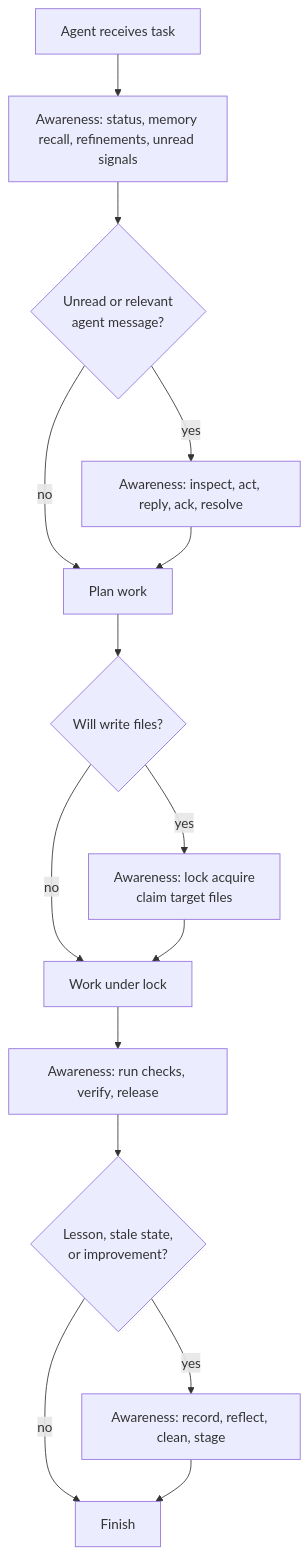
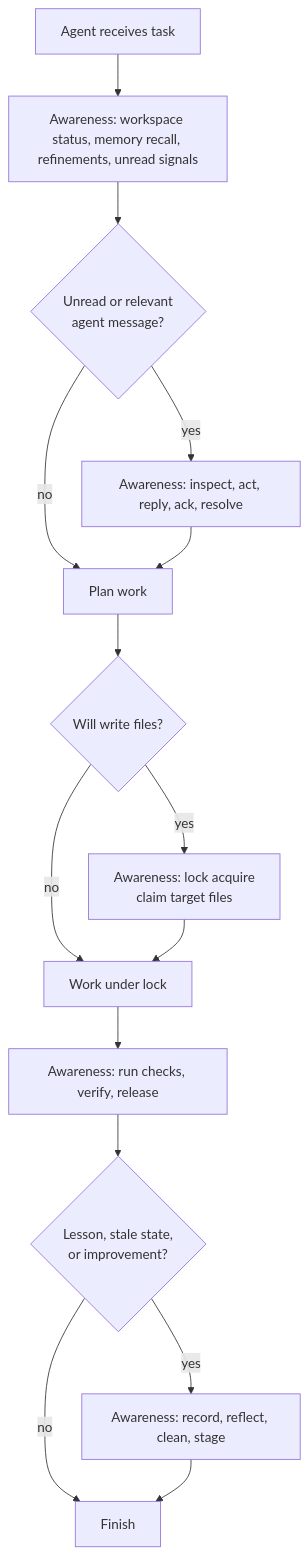
The second of 7 diagrams in packages/octocode-awareness/docs/SKILLS.md (bgauryy/octocode), drawn with Mermaid before and after one commit. The commit also changed other lines of this file and 106 other files, not shown here.

````diff
--- a/packages/octocode-awareness/docs/SKILLS.md
+++ b/packages/octocode-awareness/docs/SKILLS.md
@@ -59,17 +51,17 @@
 ```mermaid
 flowchart TD
-  Start["Agent receives task"] --> Attend["Awareness: status, memory recall, refinements, unread signals"]
+  Start["Agent receives task"] --> Attend["Awareness: workspace status, memory recall, refinements, unread signals"]
   Attend --> MessageQ{"Unread or relevant<br/>agent message?"}
   MessageQ -->|yes| Comm["Awareness: inspect, act, reply, ack, resolve"]
   MessageQ -->|no| Plan["Plan work"]
   Comm --> Plan
   Plan --> EditQ{"Will write files?"}
   EditQ -->|yes| Claim["Awareness: lock acquire<br/>claim target files"]
   EditQ -->|no| Work["Do read-only work"]
   Claim --> Work["Work under lock"]
   Work --> Verify["Awareness: run checks, verify, release"]
   Verify --> LessonQ{"Lesson, stale state,<br/>or improvement?"}
   LessonQ -->|yes| Reflect["Awareness: record, reflect, clean, stage"]
   LessonQ -->|no| Finish["Finish"]
   Reflect --> Finish
 ```
````
